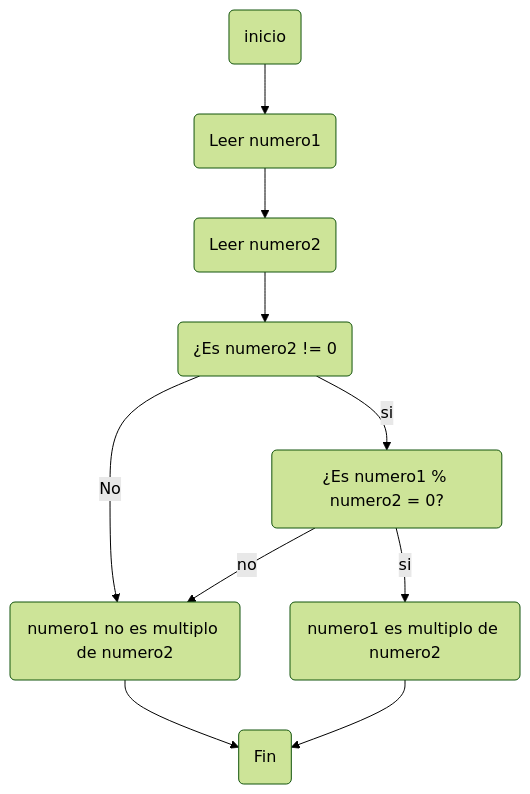
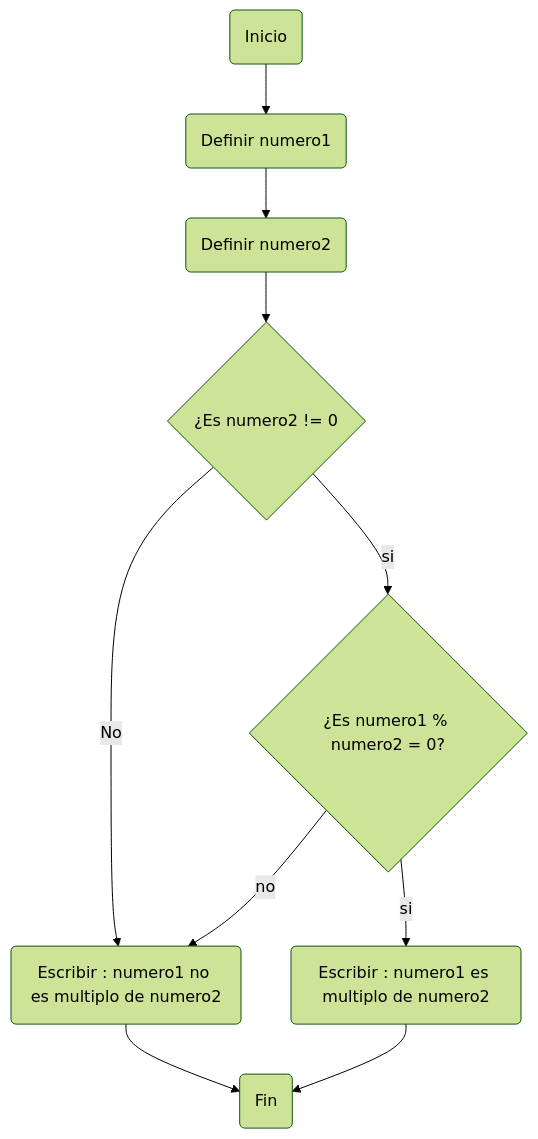
One commit to JMC020406/Taller-1 changed the first of 3 diagrams in README.md. Above: the diagram before and after it, drawn with Mermaid (forest theme). The commit also changed other lines of this file, not shown here.

````diff
--- a/README.md
+++ b/README.md
@@ -111,12 +111,12 @@
 ```mermaid
 graph TD;
-  A(inicio)-->B(Leer numero1)
-  B-->C(Leer numero2)
-  C-->D(¿Es numero2 != 0)
-  D-->|si|E(¿Es numero1 % numero2 = 0?)
-  D-->|No|F(numero1 no es multiplo de numero2)
-  E-->|si|G(numero1 es multiplo de numero2)
+  A(Inicio)-->B(Definir numero1)
+  B-->C(Definir numero2)
+  C-->D{¿Es numero2 != 0}
+  D-->|si|E{¿Es numero1 % numero2 = 0?}
+  D-->|No|F(Escribir : numero1 no es multiplo de numero2)
+  E-->|si|G(Escribir : numero1 es multiplo de numero2)
   E-->|no|F
   F-->H(Fin)
   G-->H(Fin)
 ```
````
